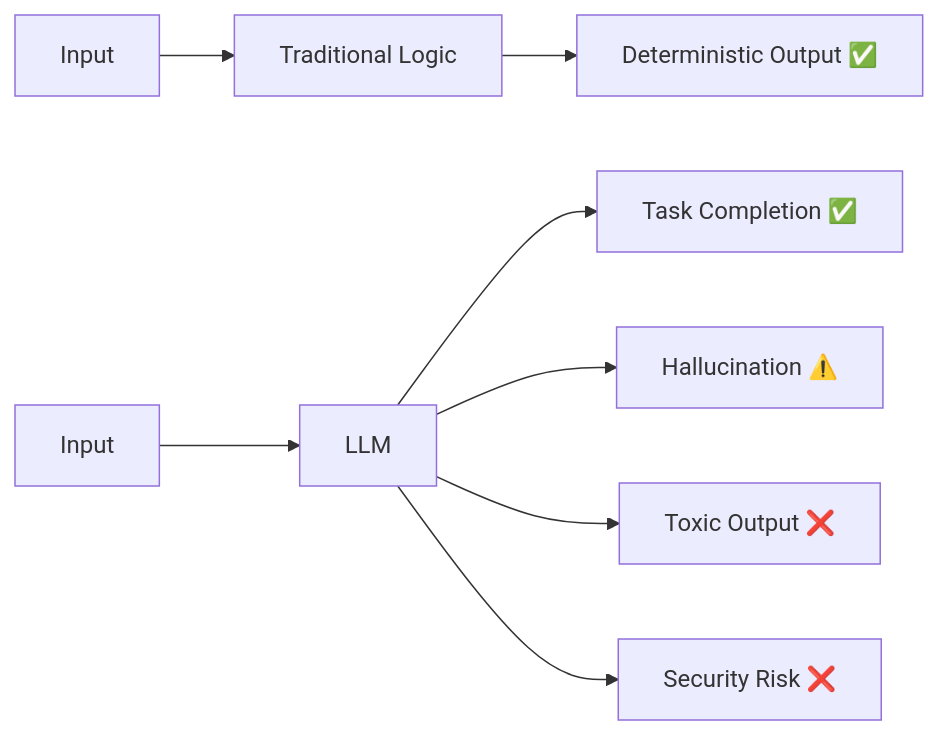
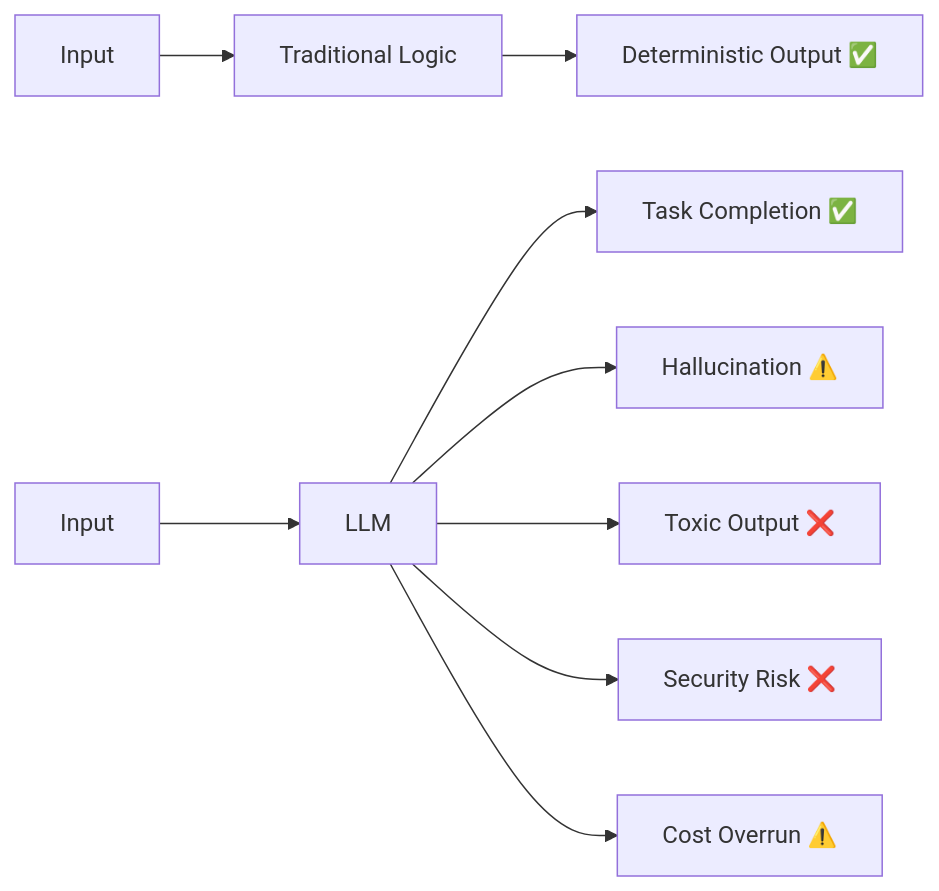
The diagram in cookbook-site/docs/01-why-ai-qa-is-broken.md (ashishpatel26/QA-For-AI-Product), drawn with Mermaid before and after one commit. The commit also changed other lines of this file and 16 other files, not shown here.

````diff
--- a/cookbook-site/docs/01-why-ai-qa-is-broken.md
+++ b/cookbook-site/docs/01-why-ai-qa-is-broken.md
@@ -10,11 +18,12 @@
 ```mermaid
 flowchart LR
   T1[Input] --> T2[Traditional Logic]
   T2 --> T3[Deterministic Output ✅]
 
   A1[Input] --> A2[LLM]
   A2 --> A3[Task Completion ✅]
   A2 --> A4[Hallucination ⚠️]
   A2 --> A5[Toxic Output ❌]
   A2 --> A6[Security Risk ❌]
+  A2 --> A7[Cost Overrun ⚠️]
 ```
````
